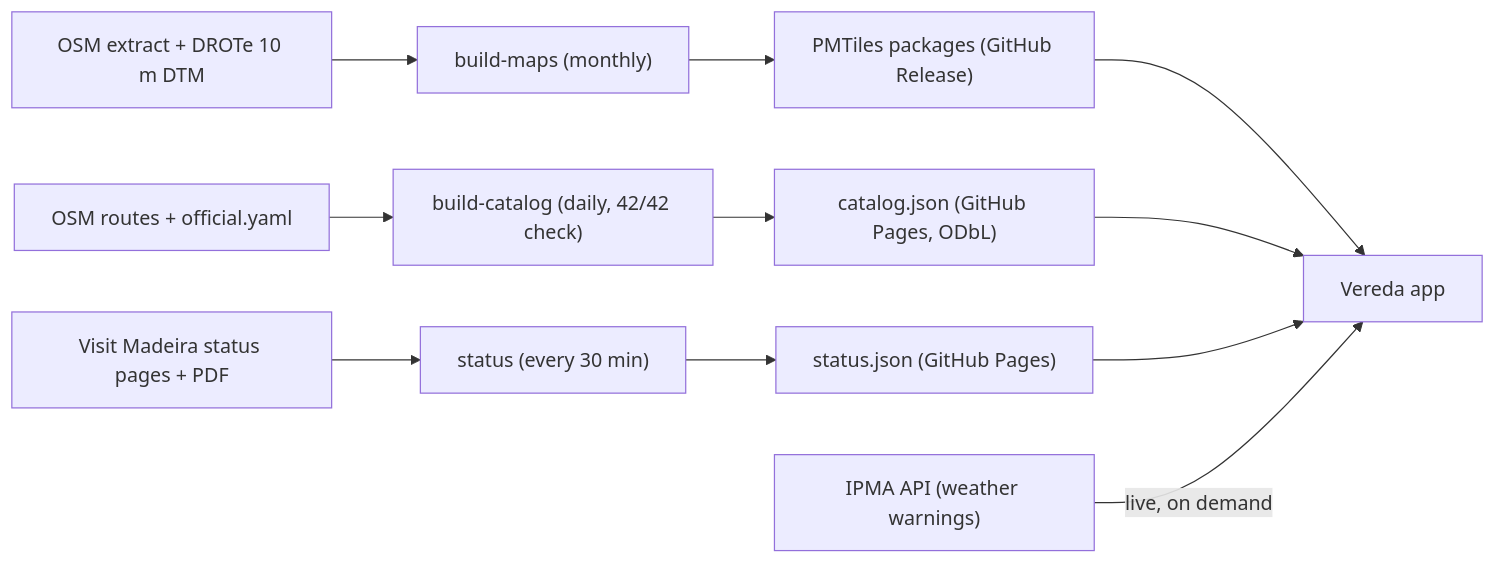
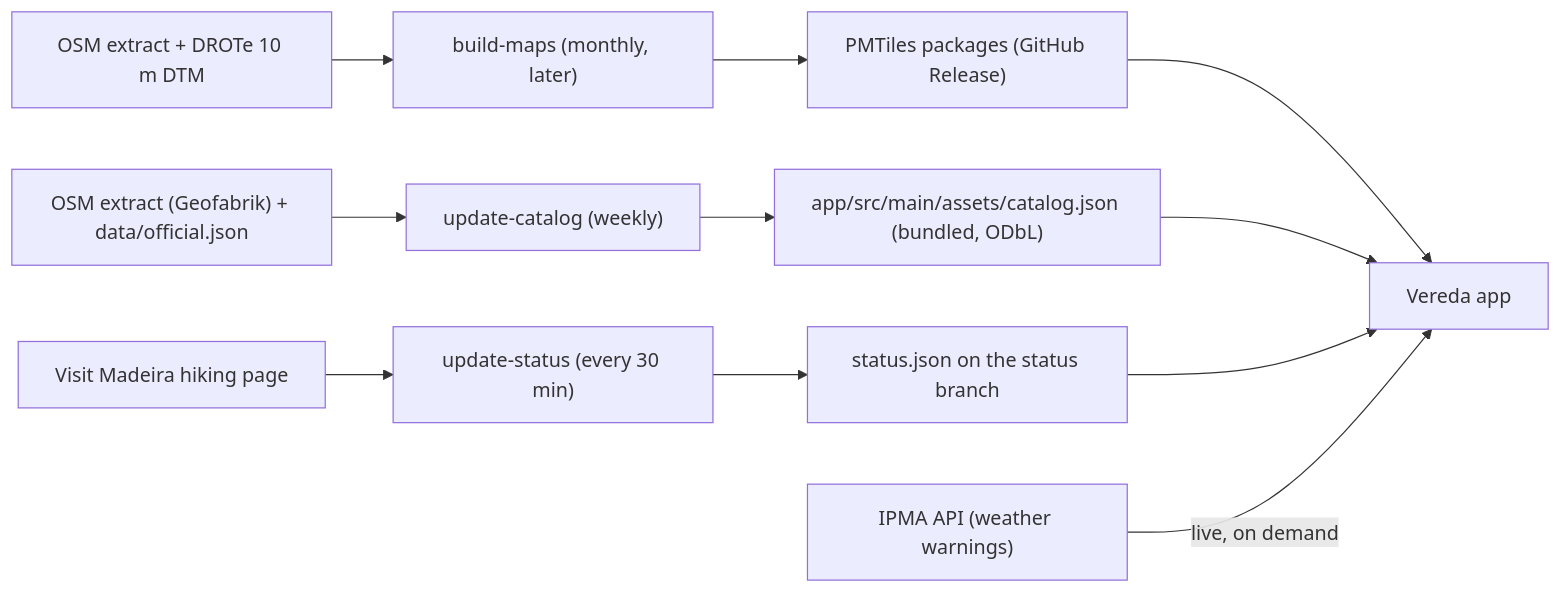
One commit to Psy8891/Madeira-Trails- changed the diagram in docs/SPEC.md. Above: the diagram before and after it, drawn with Mermaid. The commit also changed other lines of this file and 43 other files, not shown here.

````diff
--- a/docs/SPEC.md
+++ b/docs/SPEC.md
@@ -236,7 +236,7 @@
 ```mermaid
 flowchart LR
-  A["OSM extract + DROTe 10 m DTM"] --> B["build-maps (monthly)"] --> C["PMTiles packages (GitHub Release)"] --> APP["Vereda app"]
-  D["OSM routes + official.yaml"] --> E["build-catalog (daily, 42/42 check)"] --> F["catalog.json (GitHub Pages, ODbL)"] --> APP
-  G["Visit Madeira status pages + PDF"] --> H["status (every 30 min)"] --> I["status.json (GitHub Pages)"] --> APP
+  A["OSM extract + DROTe 10 m DTM"] --> B["build-maps (monthly, later)"] --> C["PMTiles packages (GitHub Release)"] --> APP["Vereda app"]
+  D["OSM extract (Geofabrik) + data/official.json"] --> E["update-catalog (weekly)"] --> F["app/src/main/assets/catalog.json (bundled, ODbL)"] --> APP
+  G["Visit Madeira hiking page"] --> H["update-status (every 30 min)"] --> I["status.json on the status branch"] --> APP
   J["IPMA API (weather warnings)"] -- "live, on demand" --> APP
 ```
````
